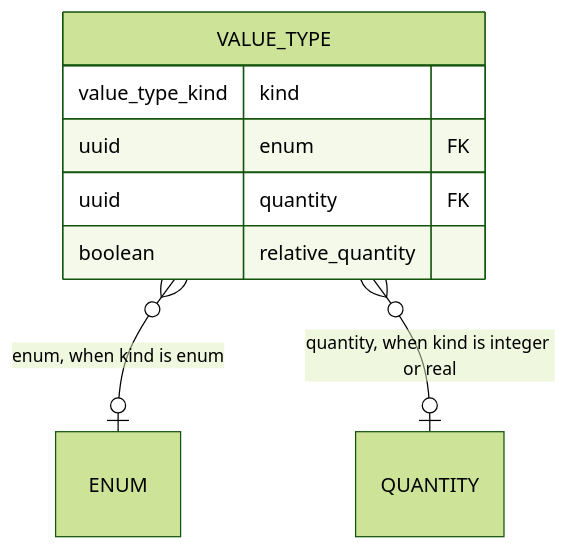
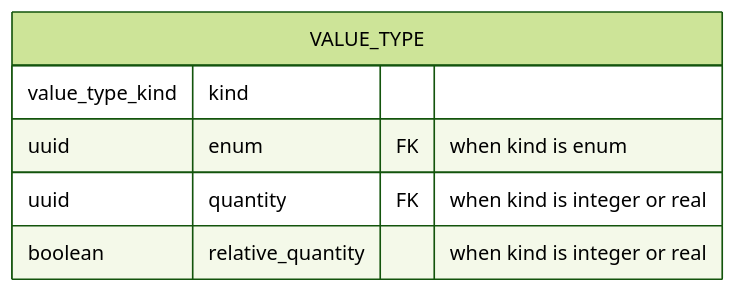
One commit to AlexandreGallais/synoptic-studio-spec changed the diagram in metadata/entities/15-value-type.md. Above: the diagram before and after it, drawn with Mermaid (forest theme). The commit also changed 3 other files, not shown here.

````diff
--- a/metadata/entities/15-value-type.md
+++ b/metadata/entities/15-value-type.md
@@ -13,11 +13,9 @@
 ```mermaid
 erDiagram
     VALUE_TYPE {
         value_type_kind kind
-        uuid enum FK
-        uuid quantity FK
-        boolean relative_quantity
+        uuid enum FK "when kind is enum"
+        uuid quantity FK "when kind is integer or real"
+        boolean relative_quantity "when kind is integer or real"
     }
-    VALUE_TYPE }o--o| ENUM : "enum, when kind is enum"
-    VALUE_TYPE }o--o| QUANTITY : "quantity, when kind is integer or real"
 ```
````
